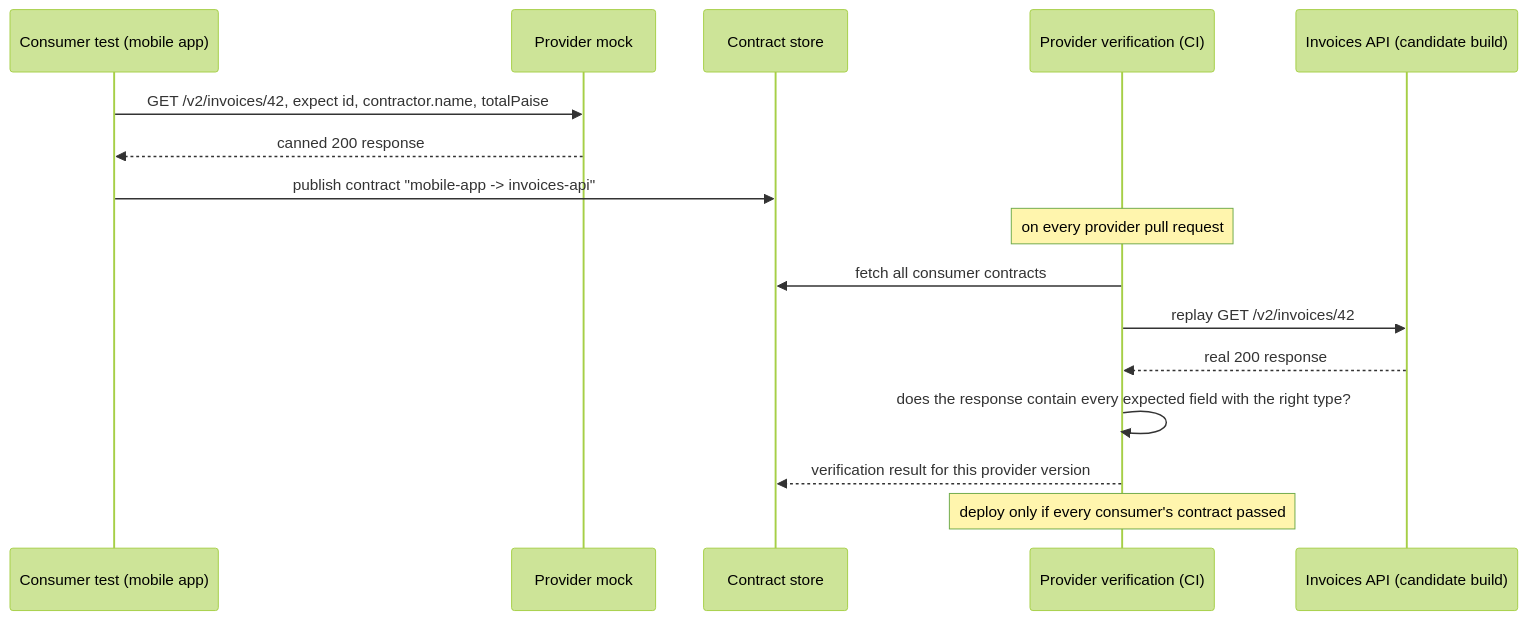
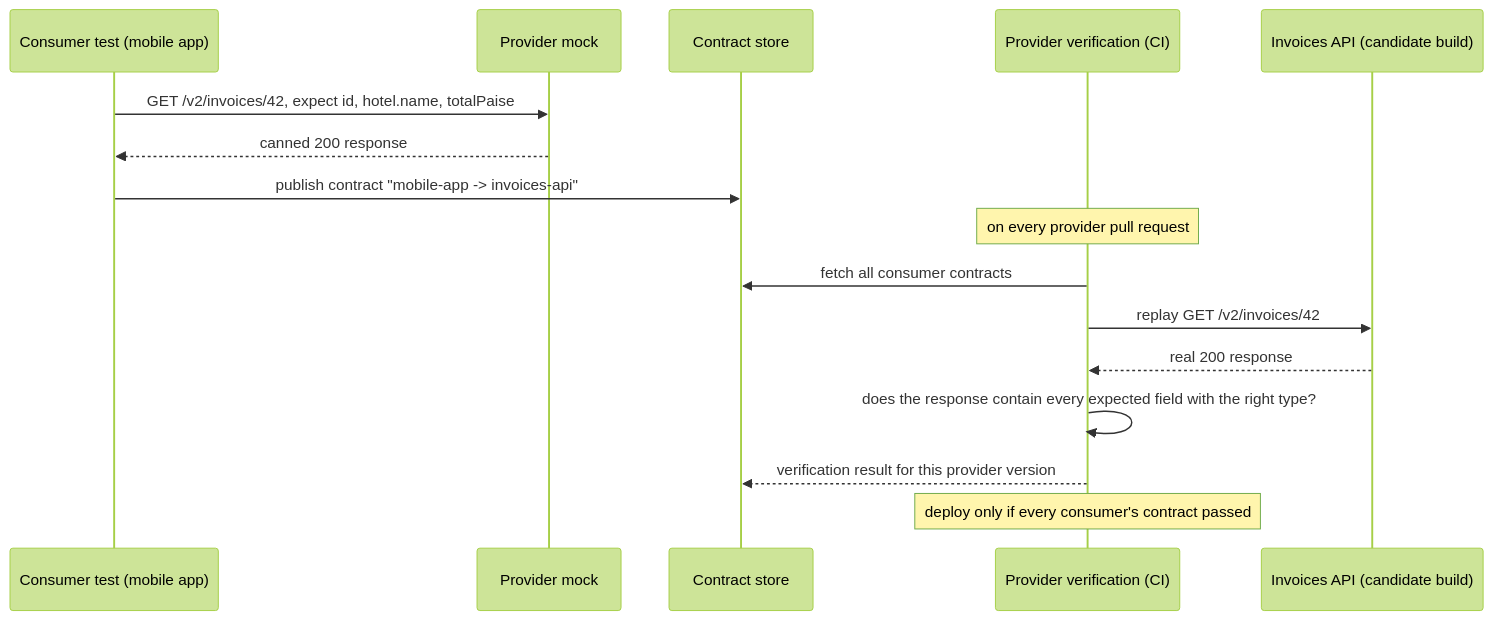
Before and after one commit to rizwi0786/system-design-lab: the second of 3 diagrams in content/lessons/m10/m10-versioning-contracts.md, drawn with Mermaid (forest theme). The commit also changed other lines of this file and 334 other files, not shown here.

````diff
--- a/content/lessons/m10/m10-versioning-contracts.md
+++ b/content/lessons/m10/m10-versioning-contracts.md
@@ -177,18 +177,18 @@
 ```mermaid
 sequenceDiagram
     participant CT as Consumer test (mobile app)
     participant Mock as Provider mock
     participant Broker as Contract store
     participant PV as Provider verification (CI)
     participant API as Invoices API (candidate build)
-    CT->>Mock: GET /v2/invoices/42, expect id, contractor.name, totalPaise
+    CT->>Mock: GET /v2/invoices/42, expect id, hotel.name, totalPaise
     Mock-->>CT: canned 200 response
     CT->>Broker: publish contract "mobile-app -> invoices-api"
     Note over PV: on every provider pull request
     PV->>Broker: fetch all consumer contracts
     PV->>API: replay GET /v2/invoices/42
     API-->>PV: real 200 response
     PV->>PV: does the response contain every expected field with the right type?
     PV-->>Broker: verification result for this provider version
     Note over PV: deploy only if every consumer's contract passed
 ```
````
